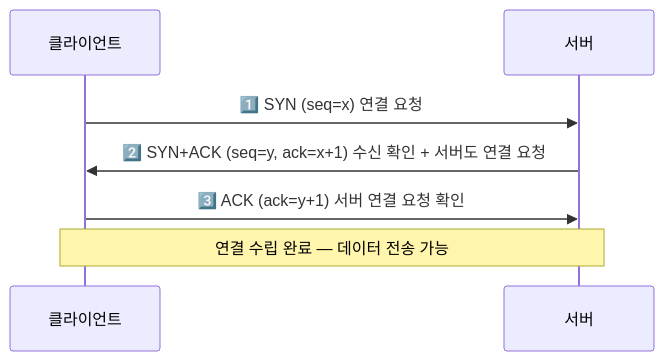
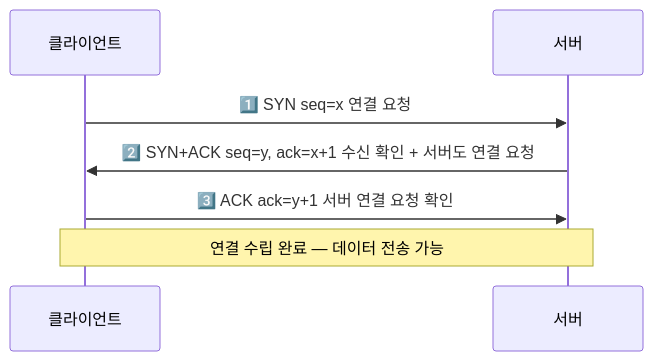
Before and after one commit to yjkim2015/yjkim2015.github.io: the second of 6 diagrams in _posts/network/2026-05-01-osi-7-layer.md, drawn with Mermaid. The commit also changed other lines of this file and 85 other files, not shown here.

First line of the commit message:
sequenceDiagram 문법 에러 2차 수정 169개 (86파일)

````diff
--- a/_posts/network/2026-05-01-osi-7-layer.md
+++ b/_posts/network/2026-05-01-osi-7-layer.md
@@ -105,9 +105,9 @@
 ```mermaid
 sequenceDiagram
     participant C as 클라이언트
     participant S as 서버
-    C->>S: 1️⃣ SYN (seq=x) 연결 요청
-    S->>C: 2️⃣ SYN+ACK (seq=y, ack=x+1) 수신 확인 + 서버도 연결 요청
-    C->>S: 3️⃣ ACK (ack=y+1) 서버 연결 요청 확인
+    C->>S: 1️⃣ SYN seq=x 연결 요청
+    S->>C: 2️⃣ SYN+ACK seq=y, ack=x+1 수신 확인 + 서버도 연결 요청
+    C->>S: 3️⃣ ACK ack=y+1 서버 연결 요청 확인
     Note over C,S: 연결 수립 완료 — 데이터 전송 가능
 ```
````
